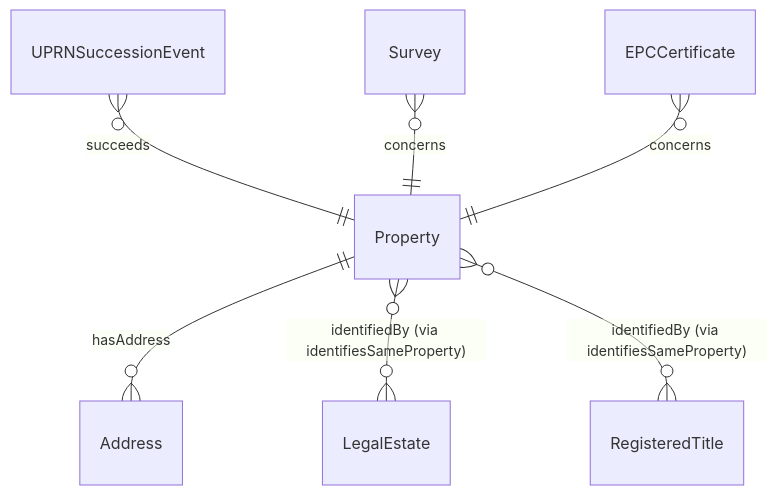
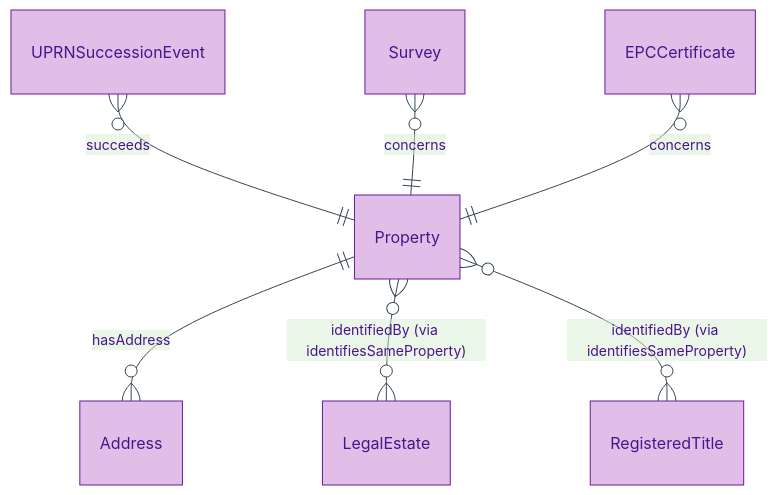
The first of 2 diagrams in docs/manual/logical/property/property.md (sparkling/opda), drawn with Mermaid before and after one commit. The commit also changed other lines of this file and 179 other files, not shown here.

First line of the commit message:
docs(manual): Logical-tier diagram expansion via /diagramming skill

````diff
--- a/docs/manual/logical/property/property.md
+++ b/docs/manual/logical/property/property.md
@@ -54,9 +59,13 @@
 ```mermaid
+%%{init: {"theme": "base", "themeVariables": {"primaryColor": "#E1BEE7", "primaryTextColor": "#4A148C", "primaryBorderColor": "#6A1B9A", "lineColor": "#37474F"}}}%%
 erDiagram
+    accTitle: Property — Entity-Relationship Diagram
+    accDescr: Direct-neighbour view of Property and its relationships to Address, LegalEstate, RegisteredTitle, UPRNSuccessionEvent, Survey, and EPCCertificate.
+
     Property ||--o{ Address : "hasAddress"
     Property }o--o{ LegalEstate : "identifiedBy (via identifiesSameProperty)"
     Property }o--o{ RegisteredTitle : "identifiedBy (via identifiesSameProperty)"
     UPRNSuccessionEvent }o--|| Property : "succeeds"
     Survey }o--|| Property : "concerns"
     EPCCertificate }o--|| Property : "concerns"
 ```
````
